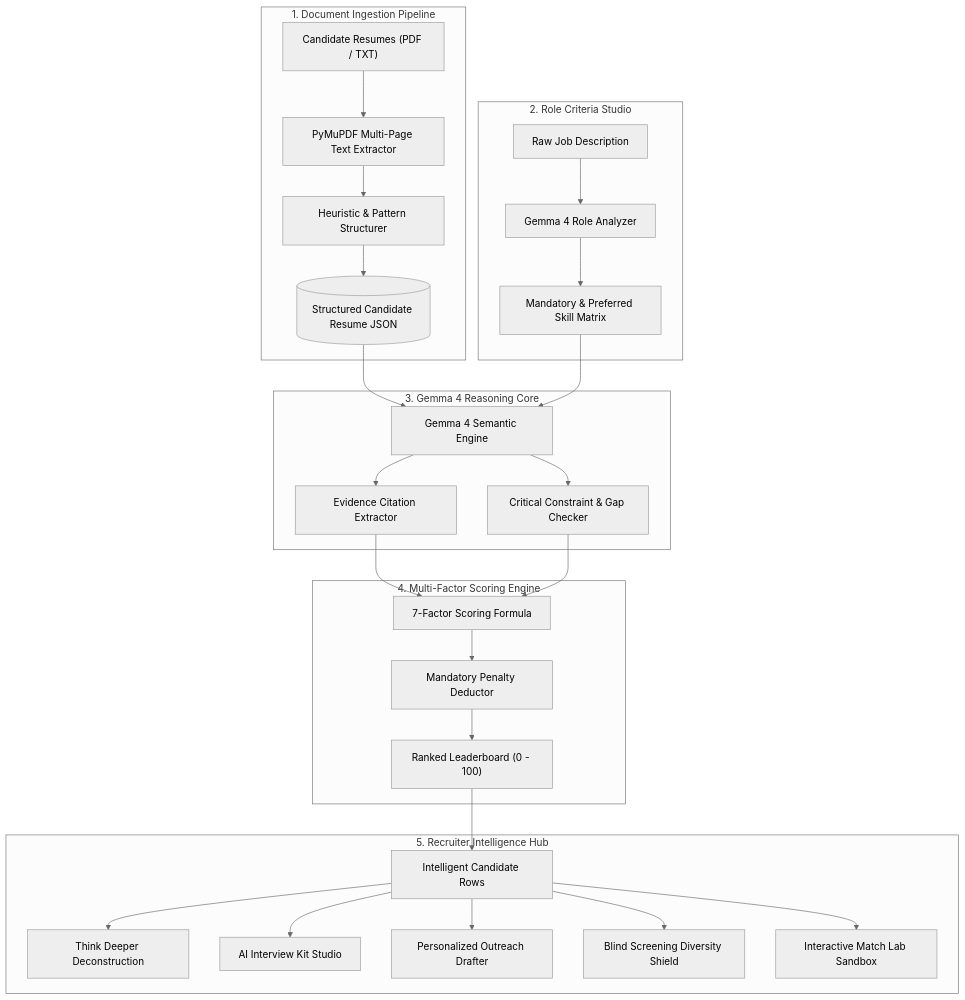
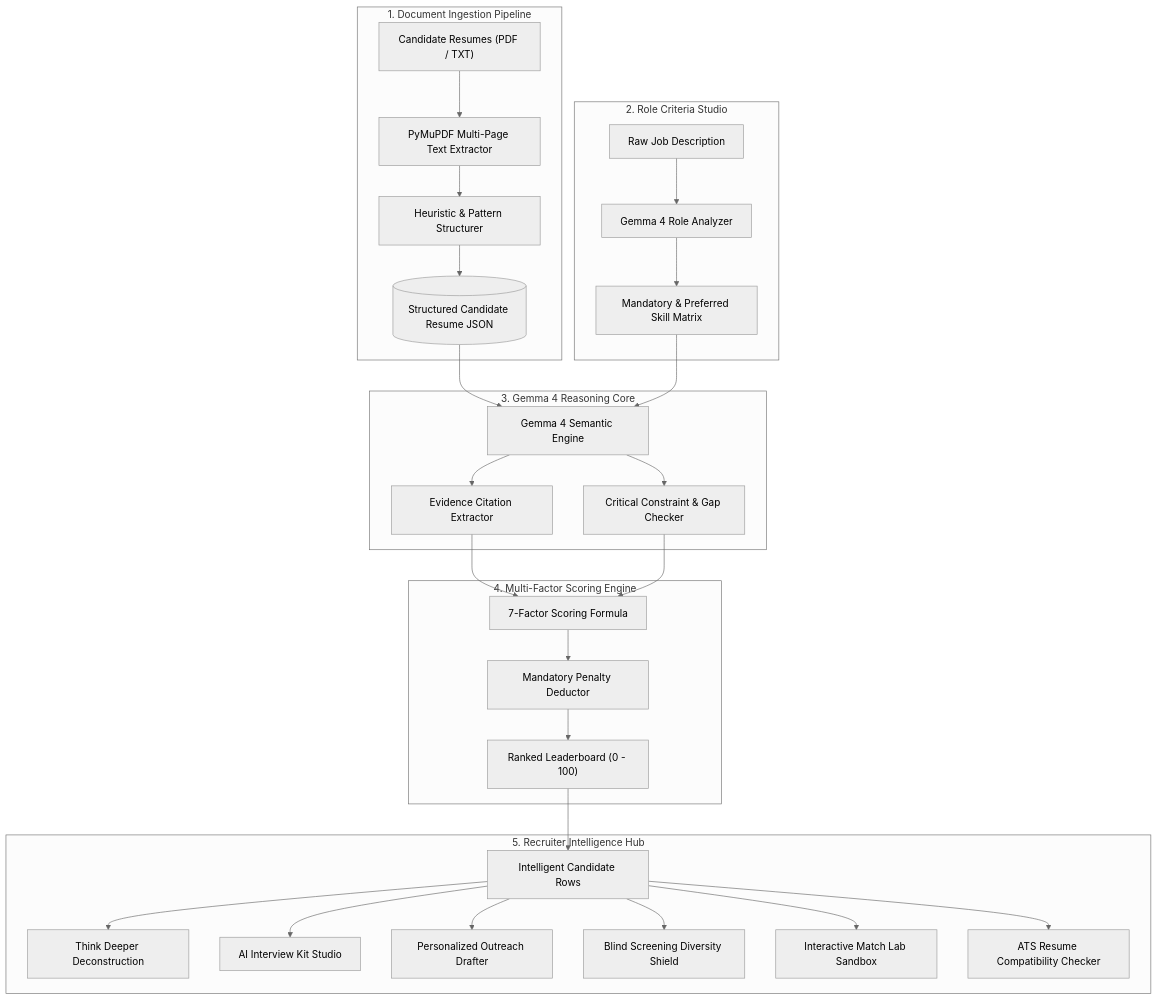
One commit to MrAlhm/ResumeScreener changed the diagram in README.md. Above: the diagram before and after it, drawn with Mermaid (neutral theme). The commit also changed other lines of this file and 10 other files, not shown here.

Commit message:
feat: Fix upload CORS connectivity on Render, add dedicated ATS Resume Compatibility Checker (POST /api/screening/ats-check + UI), and 25/25 passing tests

````diff
--- a/README.md
+++ b/README.md
@@ -146,36 +148,37 @@
 ```mermaid
 flowchart TD
     subgraph INGESTION["1. Document Ingestion Pipeline"]
         A["Candidate Resumes (PDF / TXT)"] --> B["PyMuPDF Multi-Page Text Extractor"]
         B --> C["Heuristic & Pattern Structurer"]
         C --> D[("Structured Candidate Resume JSON")]
     end
 
     subgraph JOB_STUDIO["2. Role Criteria Studio"]
         E["Raw Job Description"] --> F["Gemma 4 Role Analyzer"]
         F --> G["Mandatory & Preferred Skill Matrix"]
     end
 
     subgraph AI_SCREENING["3. Gemma 4 Reasoning Core"]
         D --> H["Gemma 4 Semantic Engine"]
         G --> H
         H --> I["Evidence Citation Extractor"]
         H --> J["Critical Constraint & Gap Checker"]
     end
 
     subgraph SCORING["4. Multi-Factor Scoring Engine"]
         I --> K["7-Factor Scoring Formula"]
         J --> K
         K --> L["Mandatory Penalty Deductor"]
         L --> M["Ranked Leaderboard (0 - 100)"]
     end
 
     subgraph RECRUITER_WORKSPACE["5. Recruiter Intelligence Hub"]
         M --> N["Intelligent Candidate Rows"]
         N --> O["Think Deeper Deconstruction"]
         N --> P["AI Interview Kit Studio"]
         N --> Q["Personalized Outreach Drafter"]
         N --> R["Blind Screening Diversity Shield"]
         N --> S["Interactive Match Lab Sandbox"]
+        N --> T["ATS Resume Compatibility Checker"]
     end
 ```
````
